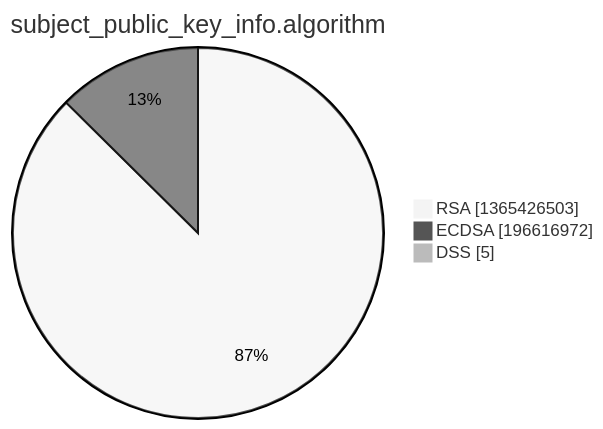
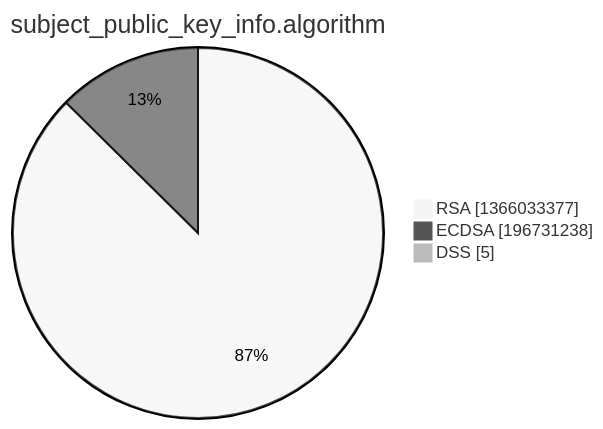
The third of 15 diagrams in xenon2022/README.md (christiankrug/ctmonitor_visualization), drawn with Mermaid (neutral theme) before and after one commit. The commit also changed other lines of this file, not shown here.

````diff
--- a/xenon2022/README.md
+++ b/xenon2022/README.md
@@ -14,7 +14,7 @@
 ```mermaid
 pie showData
 title subject_public_key_info.algorithm
-"RSA" :1365426503
-"ECDSA" :196616972
+"RSA" :1366033377
+"ECDSA" :196731238
 "DSS" :5
 ```
````
